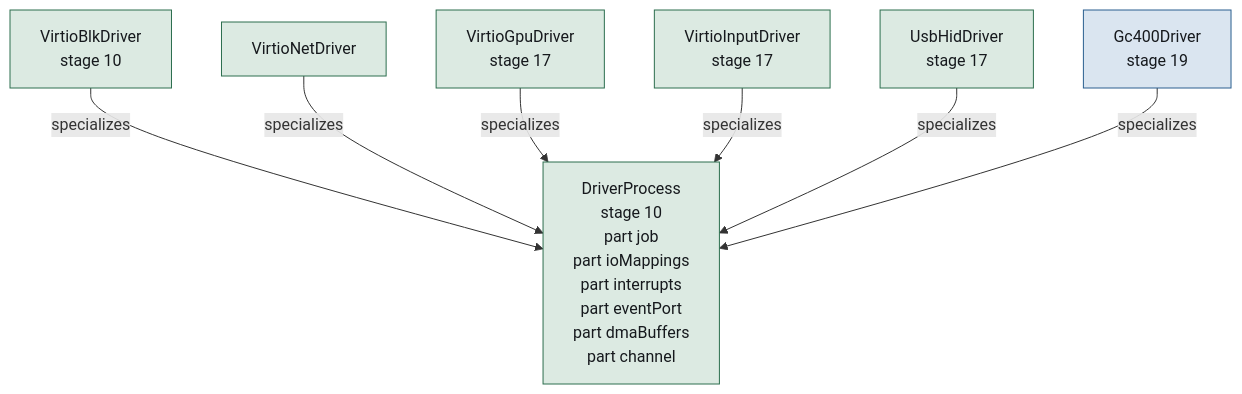
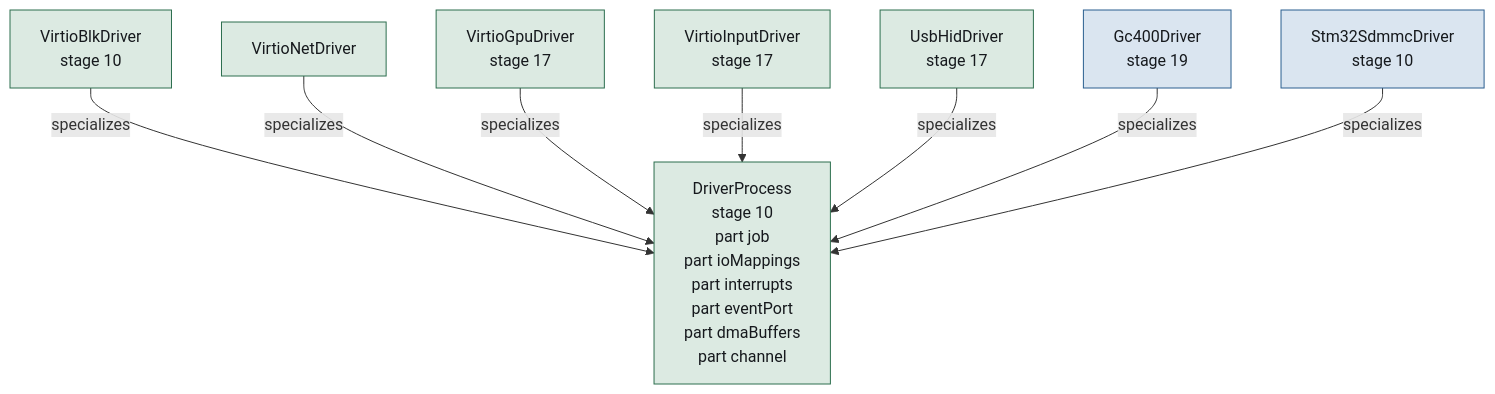
One commit to ferrix-os/ferrix changed diagram 13 of 20 in docs/generated/ARCHITECTURE.md. Above: the diagram before and after it, drawn with Mermaid. The commit also changed other lines of this file and 25 other files, not shown here.

````diff
--- a/docs/generated/ARCHITECTURE.md
+++ b/docs/generated/ARCHITECTURE.md
@@ -2263,20 +2261,22 @@
 ```mermaid
 flowchart TB
   n0_FerrixDrivers_DriverProcess["DriverProcess<br>stage 10<br>part job<br>part ioMappings<br>part interrupts<br>part eventPort<br>part dmaBuffers<br>part channel"]
   n1_FerrixDrivers_VirtioBlkDriver["VirtioBlkDriver<br>stage 10"]
   n2_FerrixDrivers_VirtioNetDriver["VirtioNetDriver"]
   n3_FerrixDrivers_VirtioGpuDriver["VirtioGpuDriver<br>stage 17"]
   n4_FerrixDrivers_VirtioInputDriver["VirtioInputDriver<br>stage 17"]
   n5_FerrixDrivers_UsbHidDriver["UsbHidDriver<br>stage 17"]
   n6_FerrixDrivers_Gc400Driver["Gc400Driver<br>stage 19"]
+  n7_FerrixDrivers_Stm32SdmmcDriver["Stm32SdmmcDriver<br>stage 10"]
   n1_FerrixDrivers_VirtioBlkDriver -- "specializes" --> n0_FerrixDrivers_DriverProcess
   n2_FerrixDrivers_VirtioNetDriver -- "specializes" --> n0_FerrixDrivers_DriverProcess
   n3_FerrixDrivers_VirtioGpuDriver -- "specializes" --> n0_FerrixDrivers_DriverProcess
   n4_FerrixDrivers_VirtioInputDriver -- "specializes" --> n0_FerrixDrivers_DriverProcess
   n5_FerrixDrivers_UsbHidDriver -- "specializes" --> n0_FerrixDrivers_DriverProcess
   n6_FerrixDrivers_Gc400Driver -- "specializes" --> n0_FerrixDrivers_DriverProcess
+  n7_FerrixDrivers_Stm32SdmmcDriver -- "specializes" --> n0_FerrixDrivers_DriverProcess
   classDef implemented fill:#dceae2,stroke:#2c6e4e,color:#16191d
   classDef inProgress fill:#dae5f0,stroke:#2a5f8f,color:#16191d
   class n0_FerrixDrivers_DriverProcess,n1_FerrixDrivers_VirtioBlkDriver,n2_FerrixDrivers_VirtioNetDriver,n3_FerrixDrivers_VirtioGpuDriver,n4_FerrixDrivers_VirtioInputDriver,n5_FerrixDrivers_UsbHidDriver implemented
-  class n6_FerrixDrivers_Gc400Driver inProgress
+  class n6_FerrixDrivers_Gc400Driver,n7_FerrixDrivers_Stm32SdmmcDriver inProgress
 ```
````
